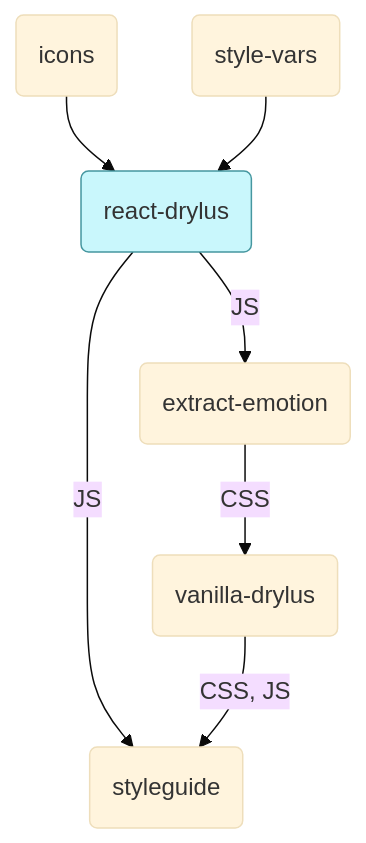
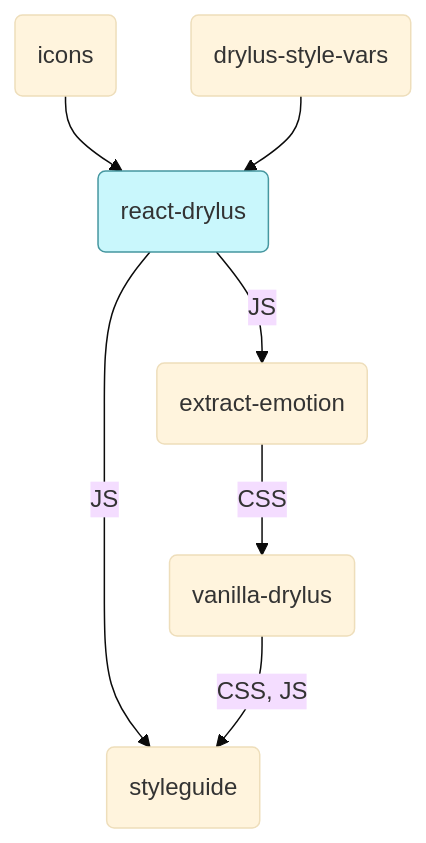
Before and after one commit to Drawbotics/drylus: the diagram in assets/graph.mmd, drawn with Mermaid (base theme). The commit also changed 85 other files, not shown here.

```diff
--- a/assets/graph.mmd
+++ b/assets/graph.mmd
@@ -1,12 +1,12 @@
 graph TD
     A(icons)
-    B(style-vars)
+    B(drylus-style-vars)
     A --> C(react-drylus)
     B --> C
     D(extract-emotion)
     E(styleguide)
     C -- JS --> D
     C -- JS --> E
     F(vanilla-drylus) -- CSS, JS --> E
     D -- CSS --> F
     style C fill:#c9f7fc,stroke:#4697a0
```
